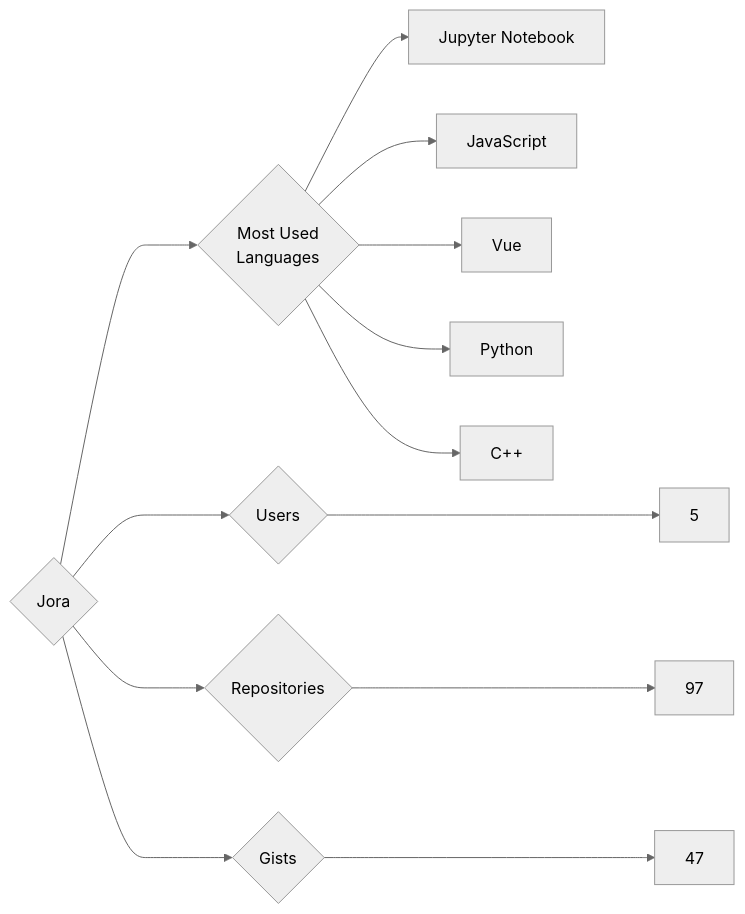
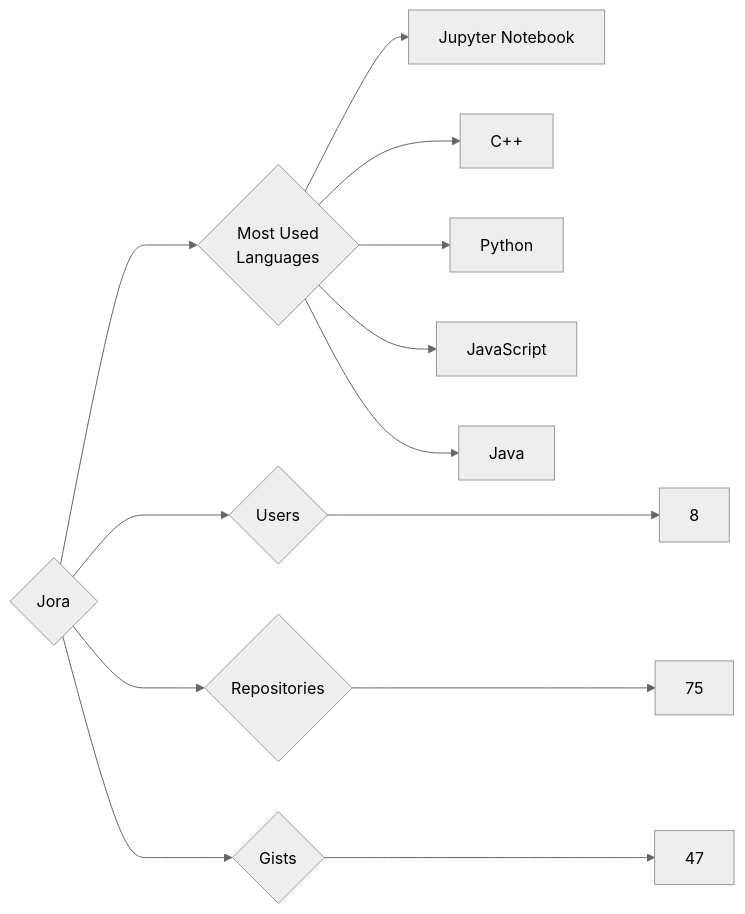
One commit to trickest/insiders changed the diagram in targets/Jora/README.md. Above: the diagram before and after it, drawn with Mermaid (neutral theme). The commit also changed 900 other files, not shown here.

````diff
--- a/targets/Jora/README.md
+++ b/targets/Jora/README.md
@@ -3,13 +3,13 @@
 ```mermaid
 graph LR
 COMPANY_NAME{Jora}
-COMPANY_NAME ---> U{Users} ---> UN[5]
-COMPANY_NAME ---> R{Repositories} ---> RN[97]
+COMPANY_NAME ---> U{Users} ---> UN[8]
+COMPANY_NAME ---> R{Repositories} ---> RN[75]
 COMPANY_NAME ---> G{Gists} ---> GN[47]
 COMPANY_NAME ---> ML{Most Used<br>Languages}
 ML --> Jupyter_Notebook[Jupyter Notebook]
+ML --> C++[C++]
+ML --> Python[Python]
 ML --> JavaScript[JavaScript]
-ML --> Vue[Vue]
-ML --> Python[Python]
-ML --> C++[C++]
+ML --> Java[Java]
 ```
````
